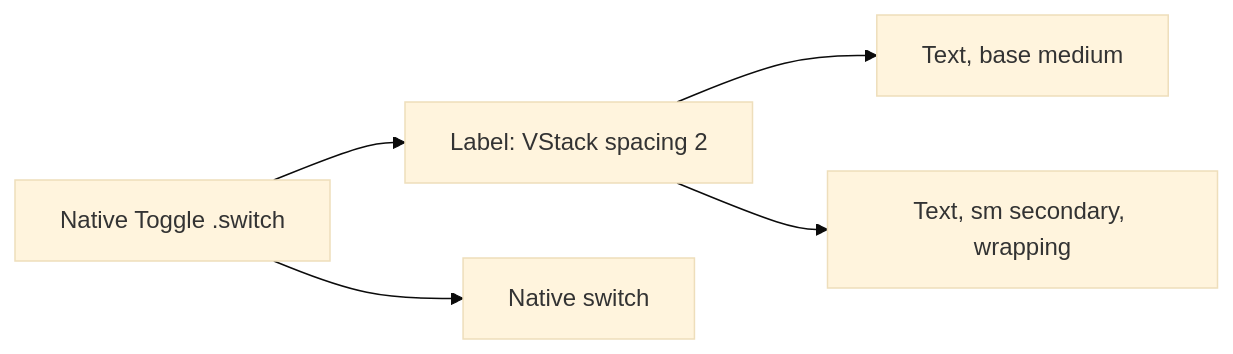
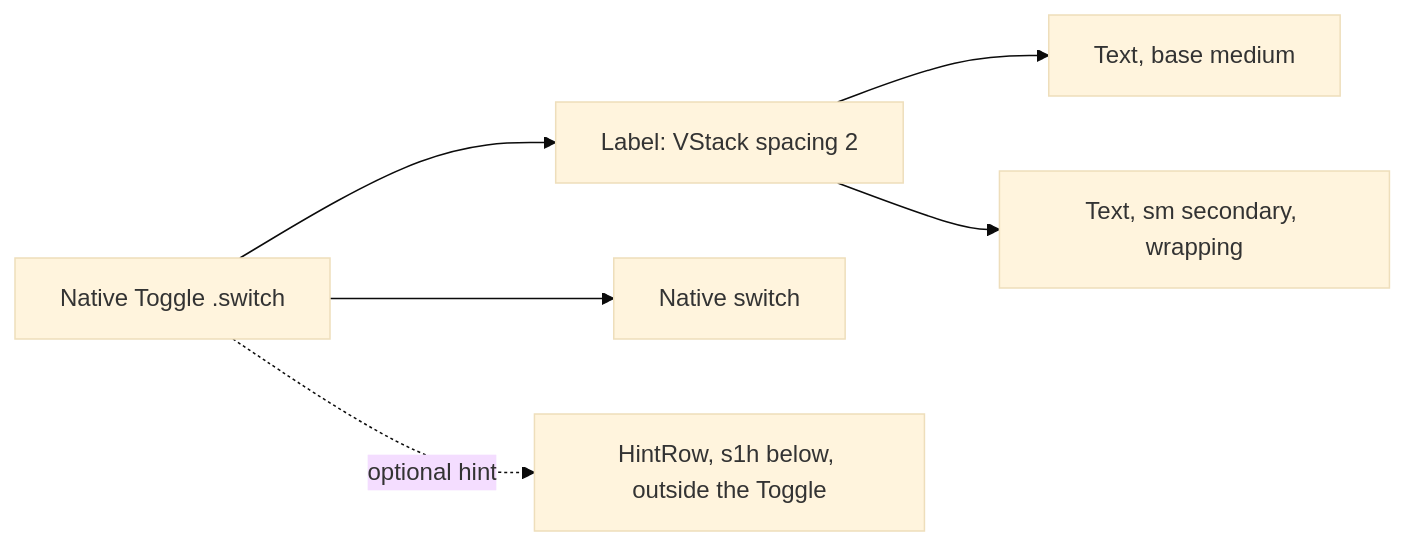
One commit to MrDemonWolf/wolfwave changed the diagram in design-system/components/toggle-setting-row.md. Above: the diagram before and after it, drawn with Mermaid (base theme). The commit also changed other lines of this file and 23 other files, not shown here.

First line of the commit message:
fix(native): one card rhythm for toggle, hint, callout, and action (#529)

````diff
--- a/design-system/components/toggle-setting-row.md
+++ b/design-system/components/toggle-setting-row.md
@@ -38,7 +41,8 @@
 ```mermaid
 graph LR
   Row[Native Toggle .switch] --> TextStack[Label: VStack spacing 2]
   TextStack --> Title[Text, base medium]
   TextStack --> Subtitle[Text, sm secondary, wrapping]
   Row --> Switch[Native switch]
+  Row -. optional hint .-> Hint[HintRow, s1h below, outside the Toggle]
 ```
````
